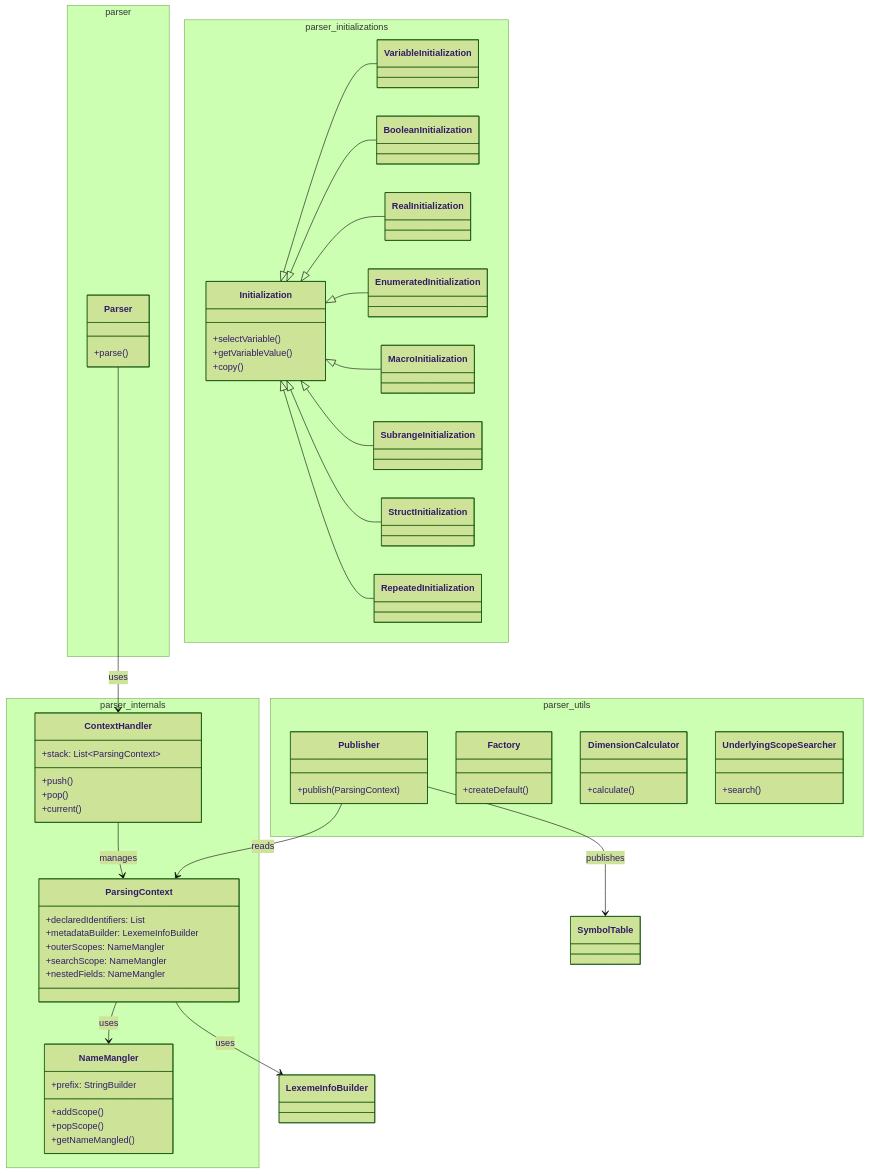
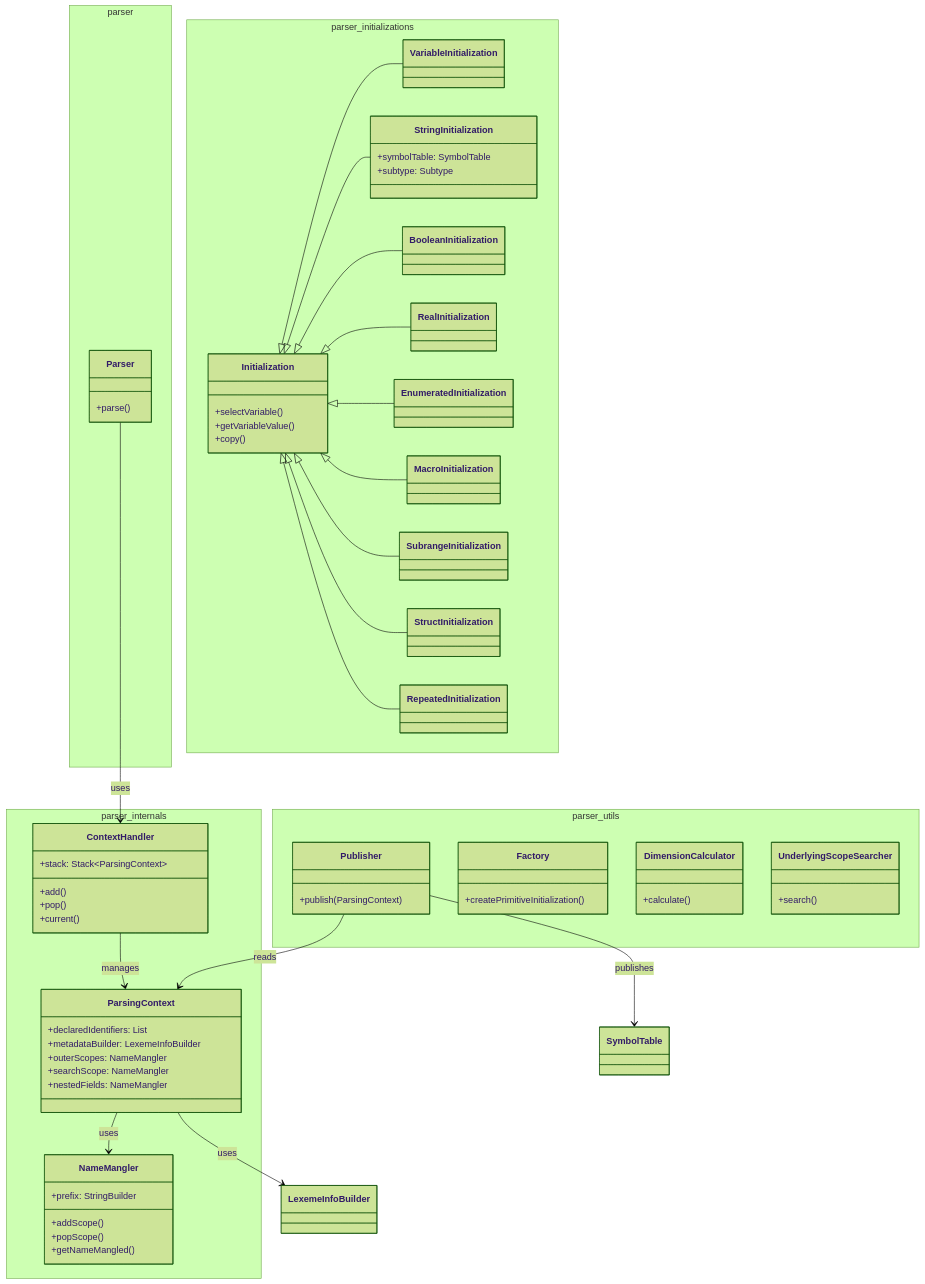
One commit to PascalUser/FLC-IEC61131-7 changed the second of 6 diagrams in doc/modules/parser.md. Above: the diagram before and after it, drawn with Mermaid (forest theme). The commit also changed other lines of this file and 25 other files, not shown here.

````diff
--- a/doc/modules/parser.md
+++ b/doc/modules/parser.md
@@ -42,72 +22,77 @@
 ```mermaid
 classDiagram
     namespace parser {
         class Parser {
             +parse()
         }
     }
     namespace parser_internals {
         class ContextHandler {
-            +stack: List~ParsingContext~
-            +push()
+            +stack: Stack~ParsingContext~
+            +add()
             +pop()
             +current()
         }
         class ParsingContext {
             +declaredIdentifiers: List
             +metadataBuilder: LexemeInfoBuilder
             +outerScopes: NameMangler
             +searchScope: NameMangler
             +nestedFields: NameMangler
         }
         class NameMangler {
             +prefix: StringBuilder
             +addScope()
             +popScope()
             +getNameMangled()
         }
     }
     namespace parser_utils {
         class Publisher {
             +publish(ParsingContext)
         }
         class Factory {
-            +createDefault()
+            +createPrimitiveInitialization()
         }
         class DimensionCalculator {
             +calculate()
         }
         class UnderlyingScopeSearcher {
             +search()
         }
     }
     namespace parser_initializations {
         class Initialization {
             +selectVariable()
             +getVariableValue()
             +copy()
         }
         class VariableInitialization
+        class StringInitialization {
+            +symbolTable: SymbolTable
+            +subtype: Subtype
+        }
         class BooleanInitialization
         class RealInitialization
         class EnumeratedInitialization
         class MacroInitialization
         class SubrangeInitialization
         class StructInitialization
         class RepeatedInitialization
     }
     Initialization <|-- VariableInitialization
+    Initialization <|-- StringInitialization
     Initialization <|-- BooleanInitialization
     Initialization <|-- RealInitialization
     Initialization <|-- EnumeratedInitialization
     Initialization <|-- MacroInitialization
     Initialization <|-- SubrangeInitialization
     Initialization <|-- StructInitialization
     Initialization <|-- RepeatedInitialization
     Parser --> ContextHandler : uses
     ContextHandler --> ParsingContext : manages
     ParsingContext --> NameMangler : uses
     ParsingContext --> LexemeInfoBuilder : uses
     Publisher --> SymbolTable : publishes
     Publisher --> ParsingContext : reads
 ```
````
